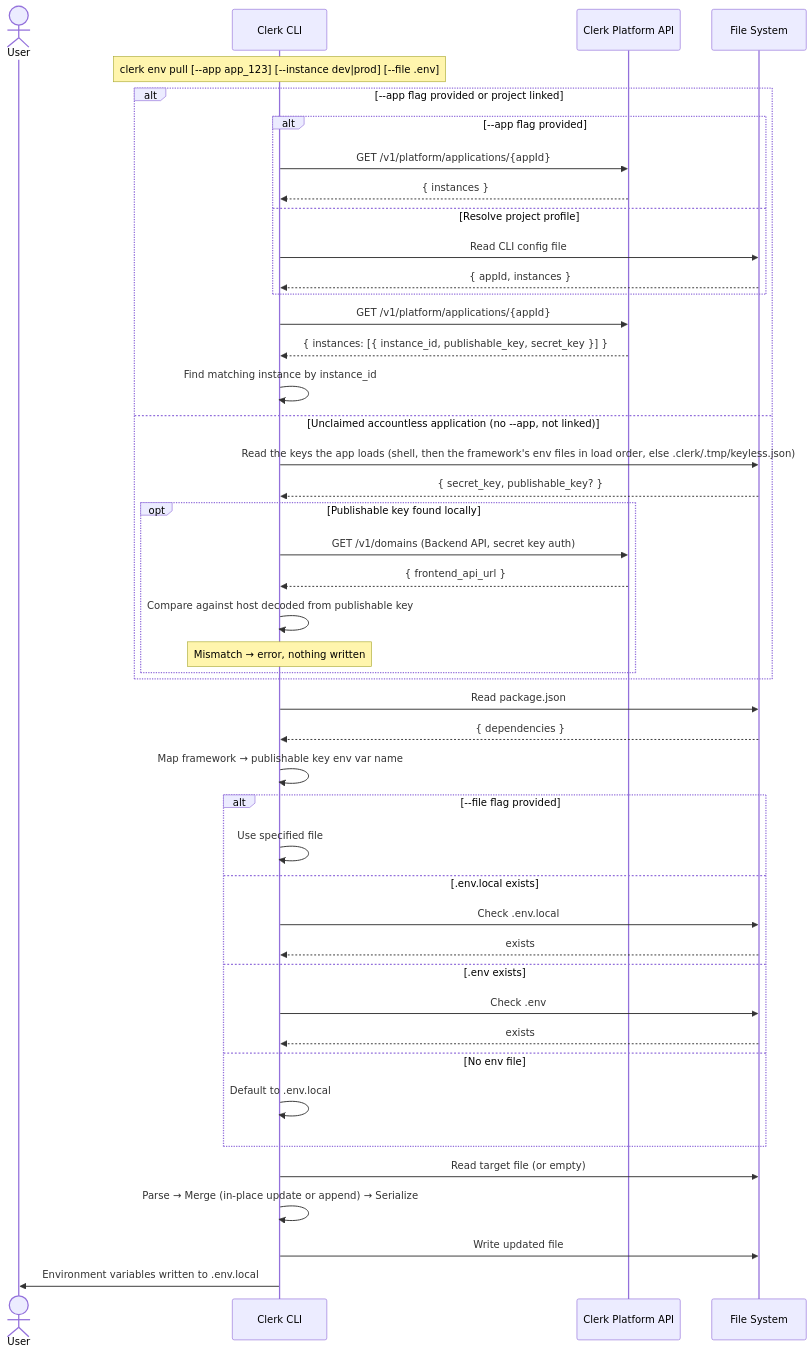
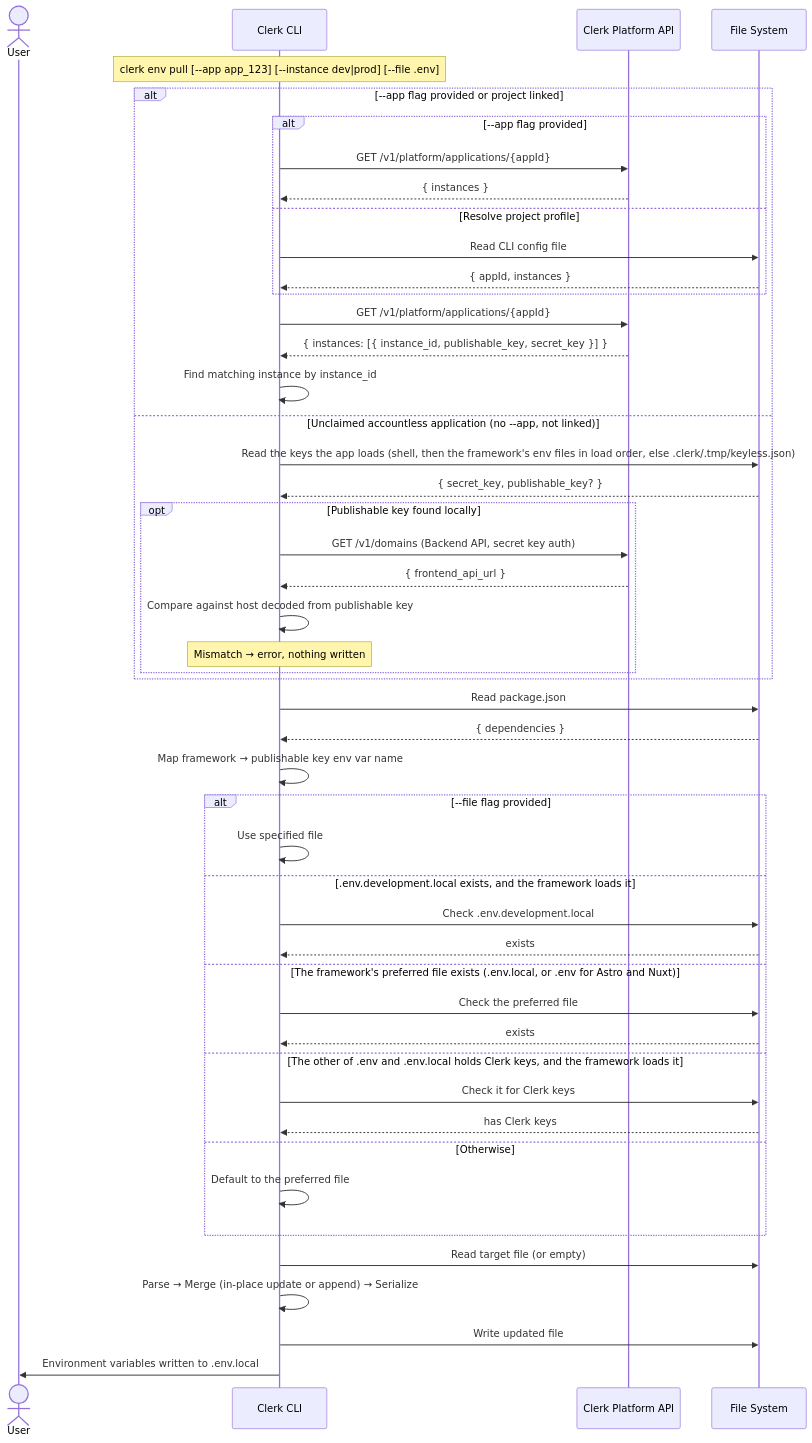
The diagram in packages/cli-core/src/commands/env/README.md (clerk/cli), drawn with Mermaid before and after one commit. The commit also changed 2 other files, not shown here.

Commit message:
Write env pull's keys where the framework loads them
- With no `--file`, `env pull` wrote to `.env.development.local` whenever it existed, in any framework, and to `.env.local` when it held Clerk keys; Nuxt loads only `.env`, and the CLI reads a Nuxt folder's keys from there, so those keys were read by neither
- The default target now skips a file the framework doesn't load, when the framework documents its load order: a Nuxt folder always gets `.env`; Next.js still gets `.env.development.local` first
- The env README's diagram shows the order the code follows

````diff
--- a/packages/cli-core/src/commands/env/README.md
+++ b/packages/cli-core/src/commands/env/README.md
@@ -28,57 +28,60 @@
 ```mermaid
 sequenceDiagram
     actor User
     participant CLI as Clerk CLI
     participant API as Clerk Platform API
     participant FS as File System
 
     Note over CLI: clerk env pull [--app app_123] [--instance dev|prod] [--file .env]
 
     alt --app flag provided or project linked
         alt --app flag provided
             CLI->>API: GET /v1/platform/applications/{appId}
             API-->>CLI: { instances }
         else Resolve project profile
             CLI->>FS: Read CLI config file
             FS-->>CLI: { appId, instances }
         end
 
         %% Fetch application with keys
         CLI->>API: GET /v1/platform/applications/{appId}
         API-->>CLI: { instances: [{ instance_id, publishable_key, secret_key }] }
         CLI->>CLI: Find matching instance by instance_id
     else Unclaimed accountless application (no --app, not linked)
         CLI->>FS: Read the keys the app loads (shell, then the framework's env files in load order, else .clerk/.tmp/keyless.json)
         FS-->>CLI: { secret_key, publishable_key? }
         opt Publishable key found locally
             CLI->>API: GET /v1/domains (Backend API, secret key auth)
             API-->>CLI: { frontend_api_url }
             CLI->>CLI: Compare against host decoded from publishable key
             Note over CLI: Mismatch → error, nothing written
         end
     end
 
     %% Detect framework
     CLI->>FS: Read package.json
     FS-->>CLI: { dependencies }
     CLI->>CLI: Map framework → publishable key env var name
 
-    %% Resolve target file
+    %% Resolve target file (only files the framework loads, when it documents its order)
     alt --file flag provided
         CLI->>CLI: Use specified file
-    else .env.local exists
-        CLI->>FS: Check .env.local
+    else .env.development.local exists, and the framework loads it
+        CLI->>FS: Check .env.development.local
         FS-->>CLI: exists
-    else .env exists
-        CLI->>FS: Check .env
+    else The framework's preferred file exists (.env.local, or .env for Astro and Nuxt)
+        CLI->>FS: Check the preferred file
         FS-->>CLI: exists
-    else No env file
-        CLI->>CLI: Default to .env.local
+    else The other of .env and .env.local holds Clerk keys, and the framework loads it
+        CLI->>FS: Check it for Clerk keys
+        FS-->>CLI: has Clerk keys
+    else Otherwise
+        CLI->>CLI: Default to the preferred file
     end
 
     %% Read, merge, write
     CLI->>FS: Read target file (or empty)
     CLI->>CLI: Parse → Merge (in-place update or append) → Serialize
     CLI->>FS: Write updated file
     CLI->>User: Environment variables written to .env.local
 ```
````
